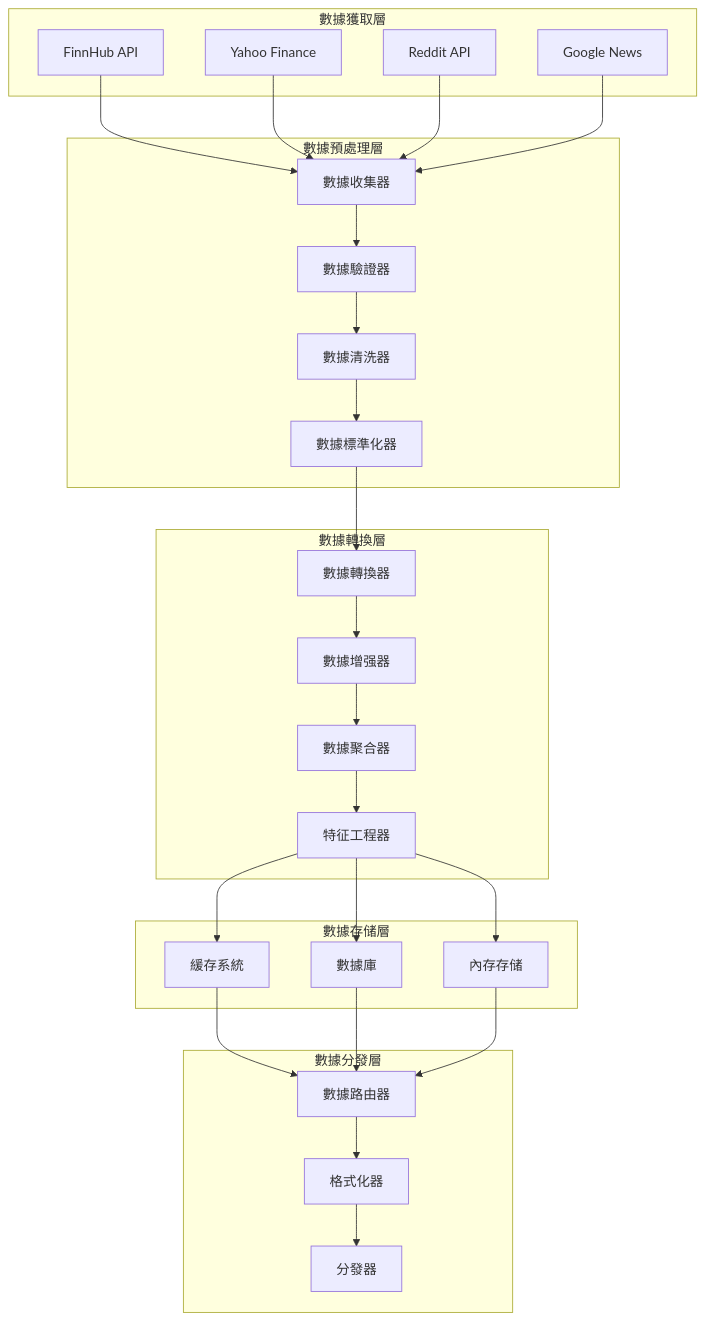
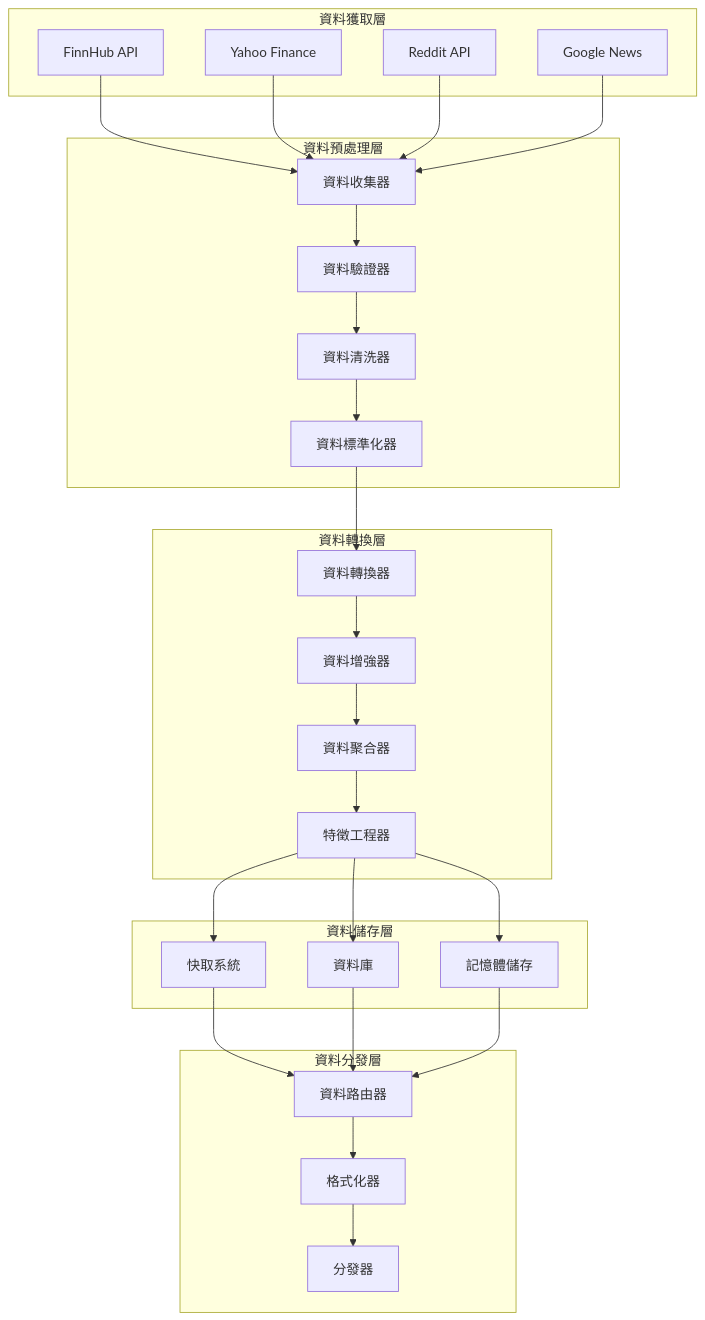
Before and after one commit to aiinpocket/TradingAgents-CN: the diagram in docs/data/data-processing.md, drawn with Mermaid. The commit also changed other lines of this file and 277 other files, not shown here.

````diff
--- a/docs/data/data-processing.md
+++ b/docs/data/data-processing.md
@@ -11,60 +11,60 @@
 ```mermaid
 graph TB
-    subgraph "數據獲取層"
+    subgraph "資料獲取層"
         API1[FinnHub API]
         API2[Yahoo Finance]
         API3[Reddit API]
         API4[Google News]
     end
-    
-    subgraph "數據預處理層"
-        COLLECT[數據收集器]
-        VALIDATE[數據驗證器]
-        CLEAN[數據清洗器]
-        NORMALIZE[數據標準化器]
+
+    subgraph "資料預處理層"
+        COLLECT[資料收集器]
+        VALIDATE[資料驗證器]
+        CLEAN[資料清洗器]
+        NORMALIZE[資料標準化器]
     end
-    
-    subgraph "數據轉換層"
-        TRANSFORM[數據轉換器]
-        ENRICH[數據增强器]
-        AGGREGATE[數據聚合器]
-        FEATURE[特征工程器]
+
+    subgraph "資料轉換層"
+        TRANSFORM[資料轉換器]
+        ENRICH[資料增強器]
+        AGGREGATE[資料聚合器]
+        FEATURE[特徵工程器]
     end
-    
-    subgraph "數據存储層"
-        CACHE[緩存系統]
-        DATABASE[數據庫]
-        MEMORY[內存存储]
+
+    subgraph "資料儲存層"
+        CACHE[快取系統]
+        DATABASE[資料庫]
+        MEMORY[記憶體儲存]
     end
-    
-    subgraph "數據分發層"
-        ROUTER[數據路由器]
+
+    subgraph "資料分發層"
+        ROUTER[資料路由器]
         FORMATTER[格式化器]
         DISPATCHER[分發器]
     end
-    
+
     API1 --> COLLECT
     API2 --> COLLECT
     API3 --> COLLECT
     API4 --> COLLECT
-    
+
     COLLECT --> VALIDATE
     VALIDATE --> CLEAN
     CLEAN --> NORMALIZE
-    
+
     NORMALIZE --> TRANSFORM
     TRANSFORM --> ENRICH
     ENRICH --> AGGREGATE
     AGGREGATE --> FEATURE
-    
+
     FEATURE --> CACHE
     FEATURE --> DATABASE
     FEATURE --> MEMORY
-    
+
     CACHE --> ROUTER
     DATABASE --> ROUTER
     MEMORY --> ROUTER
-    
+
     ROUTER --> FORMATTER
     FORMATTER --> DISPATCHER
 ```
````
